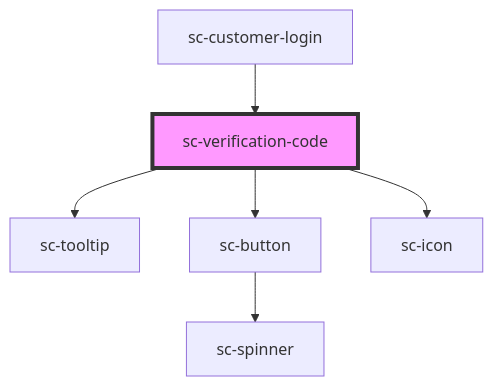
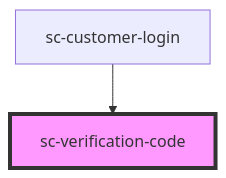
Before and after one commit to surecart/surecart-wp-plugin: the diagram in packages/components/src/components/ui/verification-code/readme.md, drawn with Mermaid. The commit also changed other lines of this file and 13 other files, not shown here.

````diff
--- a/packages/components/src/components/ui/verification-code/readme.md
+++ b/packages/components/src/components/ui/verification-code/readme.md
@@ -30,9 +24,5 @@
 ```mermaid
 graph TD;
-  sc-verification-code --> sc-tooltip
-  sc-verification-code --> sc-button
-  sc-verification-code --> sc-icon
-  sc-button --> sc-spinner
   sc-customer-login --> sc-verification-code
   style sc-verification-code fill:#f9f,stroke:#333,stroke-width:4px
 ```
````
